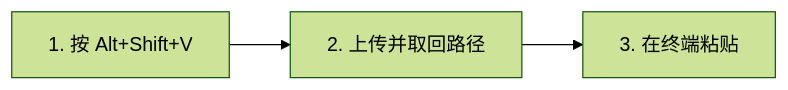
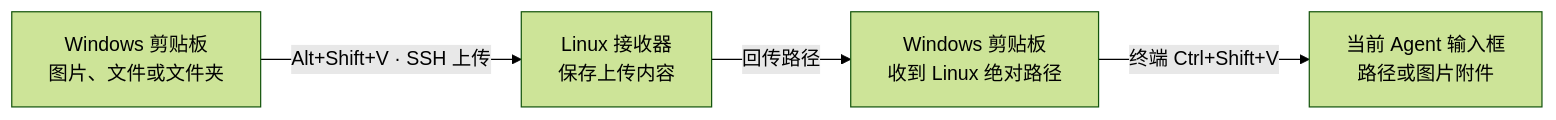
Before and after one commit to NewbieToEverything/clip-win-linux: the first of 2 diagrams in README.zh.md, drawn with Mermaid (forest theme). The commit also changed other lines of this file and 1 other file, not shown here.

Commit message:
Show upload data and returned paths in the flowchart

````diff
--- a/README.zh.md
+++ b/README.zh.md
@@ -13,5 +13,10 @@
 ```mermaid
 flowchart LR
-    A["1. 按 Alt+Shift+V"] --> B["2. 上传并取回路径"]
-    B --> C["3. 在终端粘贴"]
+    A["Windows 剪贴板<br/>图片、文件或文件夹"]
+    B["Linux 接收器<br/>保存上传内容"]
+    C["Windows 剪贴板<br/>收到 Linux 绝对路径"]
+    D["当前 Agent 输入框<br/>路径或图片附件"]
+    A -->|"Alt+Shift+V · SSH 上传"| B
+    B -->|"回传路径"| C
+    C -->|"终端 Ctrl+Shift+V"| D
 ```
````
